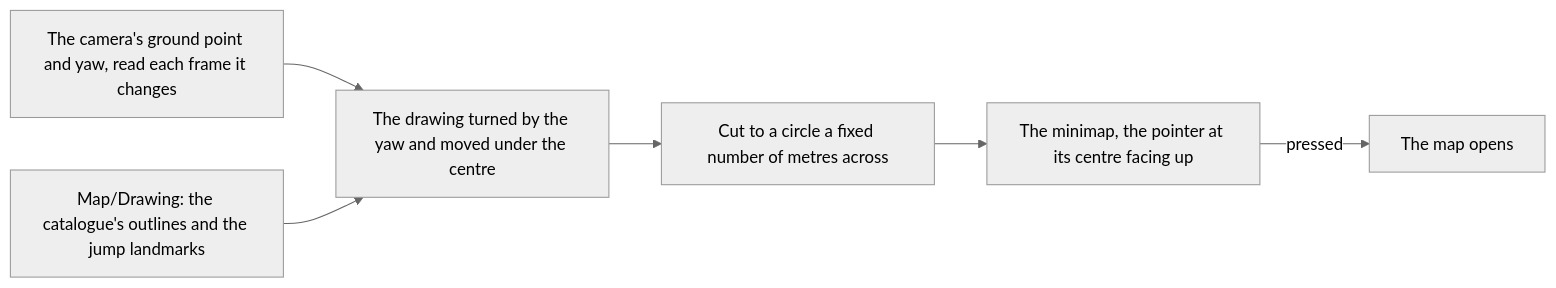
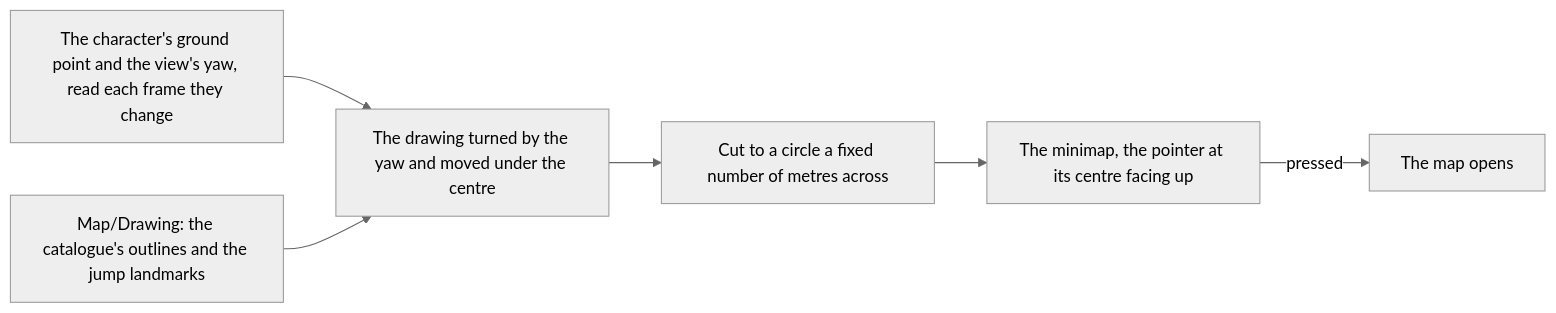
The diagram in apps/web/content/docs/genshin/minimap.md (Esposter/Esposter), drawn with Mermaid (neutral theme) before and after one commit. The commit also changed other lines of this file, not shown here.

Commit message:
docs(genshin): the minimap centres on the character and turns with the view

````diff
--- a/apps/web/content/docs/genshin/minimap.md
+++ b/apps/web/content/docs/genshin/minimap.md
@@ -12,8 +12,8 @@
 ```mermaid
 flowchart LR
-  CAM["The camera's ground point and yaw, read each frame it changes"] --> TURN["The drawing turned by the yaw and moved under the centre"]
+  CAM["The character's ground point and the view's yaw, read each frame they change"] --> TURN["The drawing turned by the yaw and moved under the centre"]
   DRAW["Map/Drawing: the catalogue's outlines and the jump landmarks"] --> TURN
   TURN --> CUT["Cut to a circle a fixed number of metres across"]
   CUT --> MINI["The minimap, the pointer at its centre facing up"]
   MINI -->|"pressed"| MAP["The map opens"]
 ```
````
